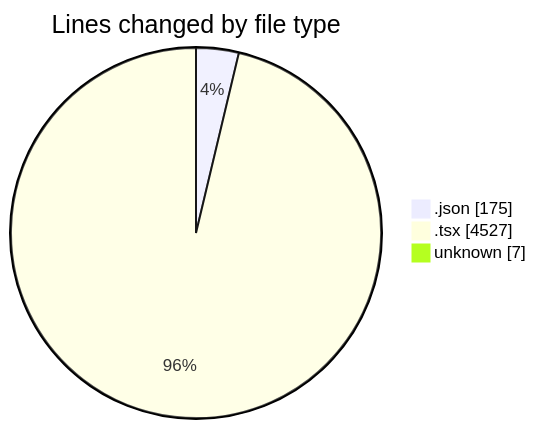
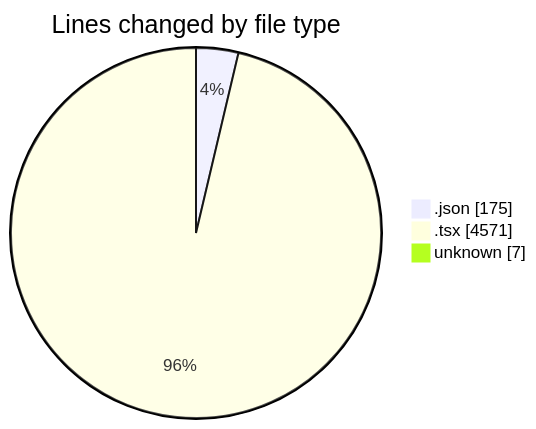
One commit to 3Nya3/code-tracking changed the first of 2 diagrams in 2024-12-31/nyah/README.md. Above: the diagram before and after it, drawn with Mermaid. The commit also changed other lines of this file and 1 other file, not shown here.

````diff
--- a/2024-12-31/nyah/README.md
+++ b/2024-12-31/nyah/README.md
@@ -23,7 +23,7 @@
 ```mermaid
 pie showData
 title Lines changed by file type
 ".json" : 175
-".tsx" : 4527
+".tsx" : 4571
 "unknown" : 7
 ```
````
